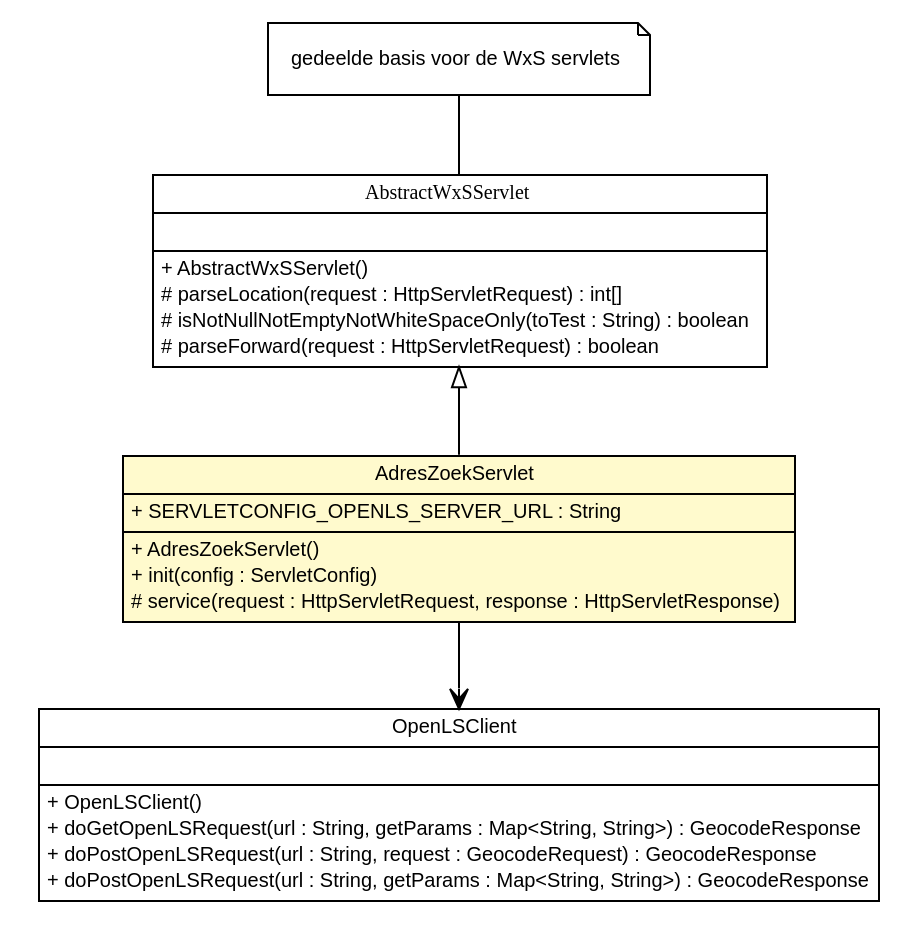
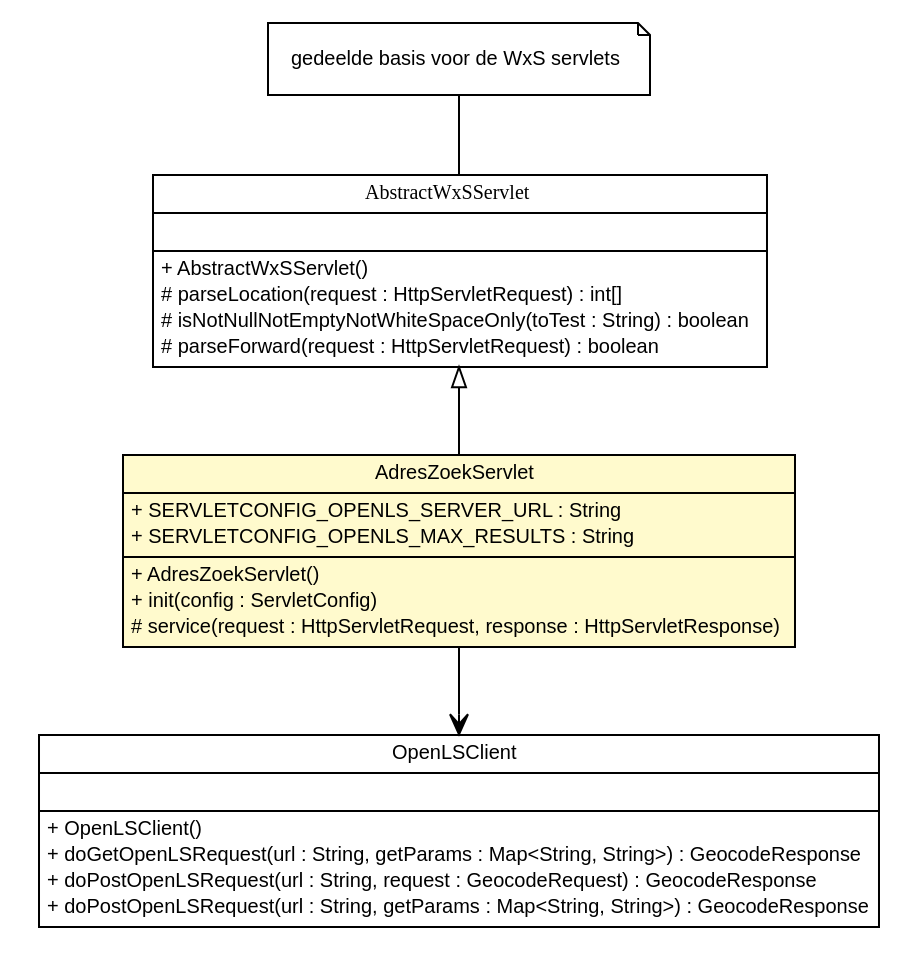
Before and after one commit to MinELenI/CBSviewer: the diagram in apidocs/nl/mineleni/cbsviewer/servlet/gazetteer/AdresZoekServlet.dot, drawn with Graphviz. The commit also changed 333 other files, not shown here.

```diff
--- a/apidocs/nl/mineleni/cbsviewer/servlet/gazetteer/AdresZoekServlet.dot
+++ b/apidocs/nl/mineleni/cbsviewer/servlet/gazetteer/AdresZoekServlet.dot
@@ -1,67 +1,68 @@
 #!/usr/local/bin/dot
 #
 # Class diagram 
 # Generated by UMLGraph version R5_6 (http://www.umlgraph.org/)
 #
 
 digraph G {
 	edge [fontname="arial",fontsize=10,labelfontname="arial",labelfontsize=10];
 	node [fontname="arial",fontsize=10,shape=plaintext];
 	nodesep=0.25;
 	ranksep=0.5;
 	// nl.mineleni.cbsviewer.servlet.AbstractWxSServlet
 	c668 [label=<<table title="nl.mineleni.cbsviewer.servlet.AbstractWxSServlet" border="0" cellborder="1" cellspacing="0" cellpadding="2" port="p" href="../AbstractWxSServlet.html">
 		<tr><td><table border="0" cellspacing="0" cellpadding="1">
 <tr><td align="center" balign="center"><font face="arial italic"> AbstractWxSServlet </font></td></tr>
 		</table></td></tr>
 		<tr><td><table border="0" cellspacing="0" cellpadding="1">
 <tr><td align="left" balign="left">  </td></tr>
 		</table></td></tr>
 		<tr><td><table border="0" cellspacing="0" cellpadding="1">
 <tr><td align="left" balign="left"> + AbstractWxSServlet() </td></tr>
 <tr><td align="left" balign="left"> # parseLocation(request : HttpServletRequest) : int[] </td></tr>
 <tr><td align="left" balign="left"> # isNotNullNotEmptyNotWhiteSpaceOnly(toTest : String) : boolean </td></tr>
 <tr><td align="left" balign="left"> # parseForward(request : HttpServletRequest) : boolean </td></tr>
 		</table></td></tr>
 		</table>>, URL="../AbstractWxSServlet.html", fontname="arial", fontcolor="black", fontsize=10.0];
 	// Note annotation
 	n0cc668 [label=<<table title="nl.mineleni.cbsviewer.servlet.AbstractWxSServlet" border="0" cellborder="0" cellspacing="0" cellpadding="2" port="p" href="../AbstractWxSServlet.html">
 		<tr><td><table border="0" cellspacing="0" cellpadding="1">
 <tr><td align="left" balign="left"> gedeelde basis voor de WxS servlets </td></tr>
 		</table></td></tr>
 		</table>>, fontname="arial", fontcolor="black", fontsize=10.0, shape=note];
 	n0cc668 -> c668:p[arrowhead=none];
 	// nl.mineleni.cbsviewer.servlet.gazetteer.AdresZoekServlet
 	c670 [label=<<table title="nl.mineleni.cbsviewer.servlet.gazetteer.AdresZoekServlet" border="0" cellborder="1" cellspacing="0" cellpadding="2" port="p" bgcolor="lemonChiffon" href="./AdresZoekServlet.html">
 		<tr><td><table border="0" cellspacing="0" cellpadding="1">
 <tr><td align="center" balign="center"> AdresZoekServlet </td></tr>
 		</table></td></tr>
 		<tr><td><table border="0" cellspacing="0" cellpadding="1">
 <tr><td align="left" balign="left"> + SERVLETCONFIG_OPENLS_SERVER_URL : String </td></tr>
+<tr><td align="left" balign="left"> + SERVLETCONFIG_OPENLS_MAX_RESULTS : String </td></tr>
 		</table></td></tr>
 		<tr><td><table border="0" cellspacing="0" cellpadding="1">
 <tr><td align="left" balign="left"> + AdresZoekServlet() </td></tr>
 <tr><td align="left" balign="left"> + init(config : ServletConfig) </td></tr>
 <tr><td align="left" balign="left"> # service(request : HttpServletRequest, response : HttpServletResponse) </td></tr>
 		</table></td></tr>
 		</table>>, URL="./AdresZoekServlet.html", fontname="arial", fontcolor="black", fontsize=10.0];
 	// nl.mineleni.cbsviewer.servlet.gazetteer.lusclient.OpenLSClient
 	c673 [label=<<table title="nl.mineleni.cbsviewer.servlet.gazetteer.lusclient.OpenLSClient" border="0" cellborder="1" cellspacing="0" cellpadding="2" port="p" href="./lusclient/OpenLSClient.html">
 		<tr><td><table border="0" cellspacing="0" cellpadding="1">
 <tr><td align="center" balign="center"> OpenLSClient </td></tr>
 		</table></td></tr>
 		<tr><td><table border="0" cellspacing="0" cellpadding="1">
 <tr><td align="left" balign="left">  </td></tr>
 		</table></td></tr>
 		<tr><td><table border="0" cellspacing="0" cellpadding="1">
 <tr><td align="left" balign="left"> + OpenLSClient() </td></tr>
 <tr><td align="left" balign="left"> + doGetOpenLSRequest(url : String, getParams : Map&lt;String, String&gt;) : GeocodeResponse </td></tr>
 <tr><td align="left" balign="left"> + doPostOpenLSRequest(url : String, request : GeocodeRequest) : GeocodeResponse </td></tr>
 <tr><td align="left" balign="left"> + doPostOpenLSRequest(url : String, getParams : Map&lt;String, String&gt;) : GeocodeResponse </td></tr>
 		</table></td></tr>
 		</table>>, URL="./lusclient/OpenLSClient.html", fontname="arial", fontcolor="black", fontsize=10.0];
 	//nl.mineleni.cbsviewer.servlet.gazetteer.AdresZoekServlet extends nl.mineleni.cbsviewer.servlet.AbstractWxSServlet
 	c668:p -> c670:p [dir=back,arrowtail=empty];
 	// nl.mineleni.cbsviewer.servlet.gazetteer.AdresZoekServlet NAVASSOC nl.mineleni.cbsviewer.servlet.gazetteer.lusclient.OpenLSClient
 	c670:p -> c673:p [taillabel="", label="", headlabel="", fontname="arial", fontcolor="black", fontsize=10.0, color="black", arrowhead=open];
 }
```
